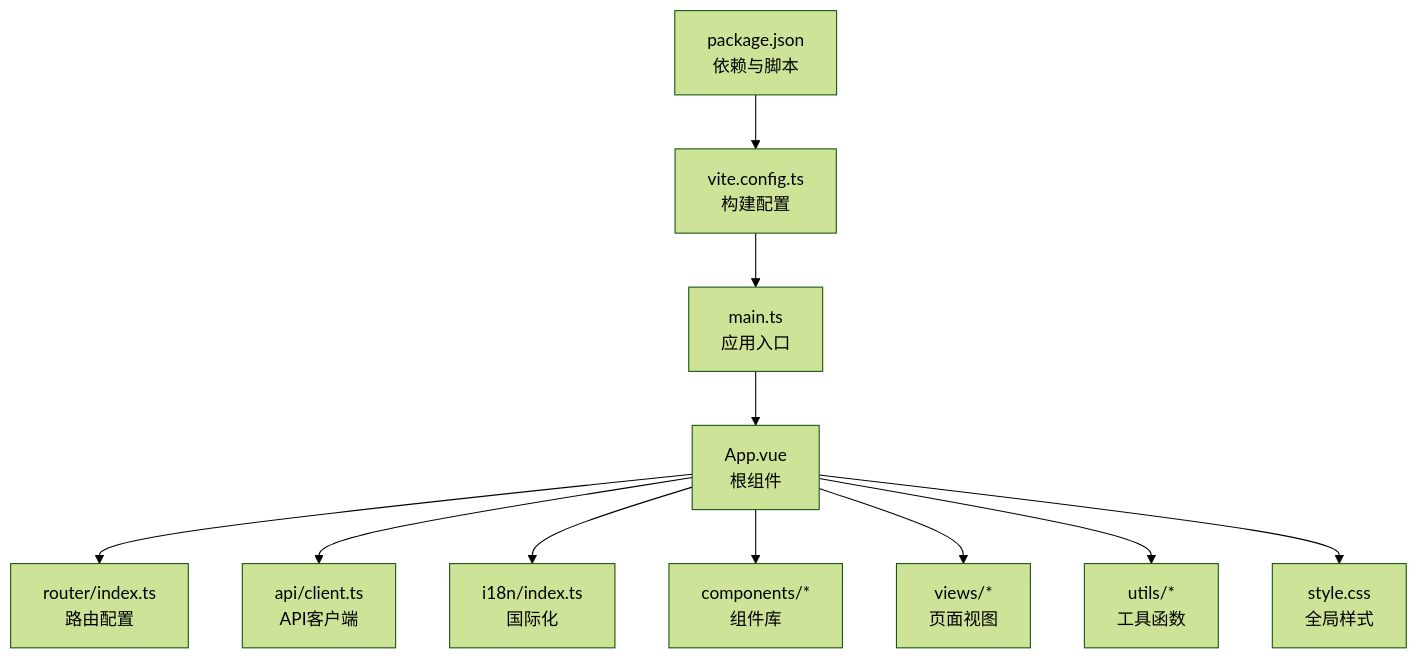
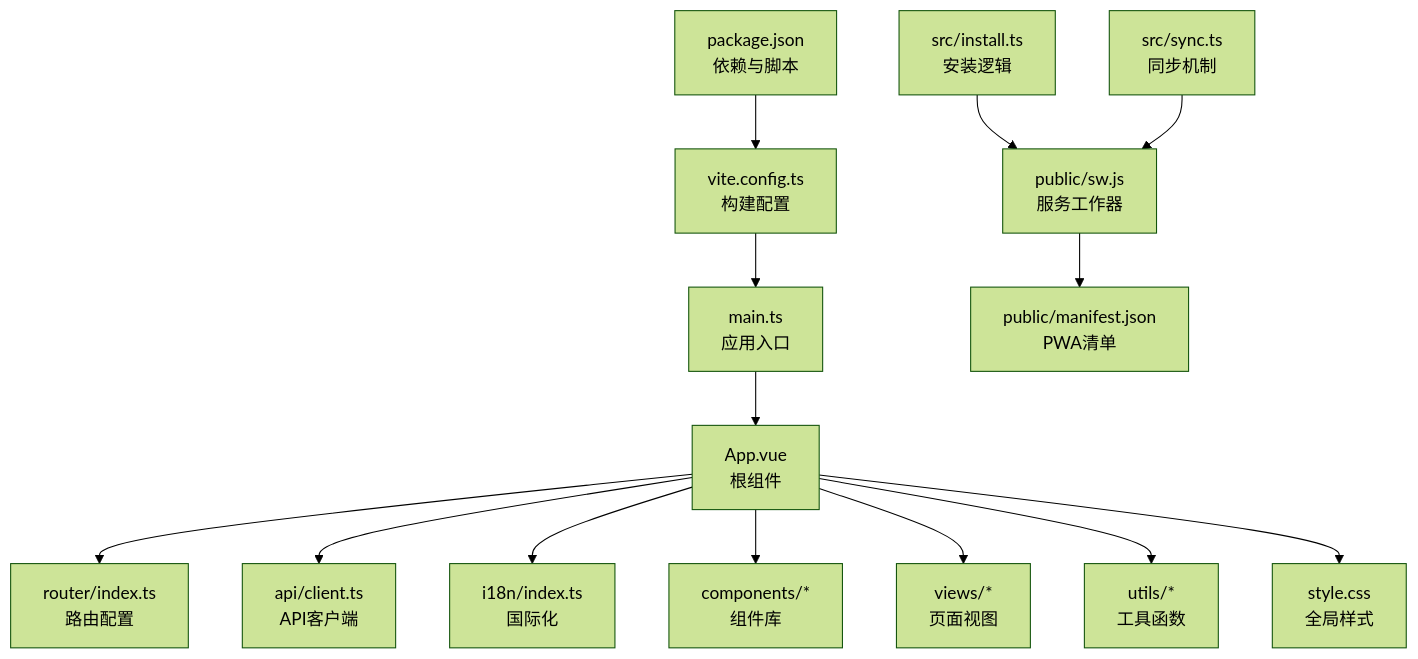
One commit to xufuyu/Lumen changed the first of 8 diagrams in .qoder/repowiki/zh/content/前端开发/前端开发.md. Above: the diagram before and after it, drawn with Mermaid (forest theme). The commit also changed other lines of this file and 36 other files, not shown here.

````diff
--- a/.qoder/repowiki/zh/content/前端开发/前端开发.md
+++ b/.qoder/repowiki/zh/content/前端开发/前端开发.md
@@ -65,13 +79,16 @@
 ```mermaid
 graph TB
 A["main.ts<br/>应用入口"] --> B["App.vue<br/>根组件"]
 B --> C["router/index.ts<br/>路由配置"]
 B --> D["api/client.ts<br/>API客户端"]
 B --> E["i18n/index.ts<br/>国际化"]
 B --> F["components/*<br/>组件库"]
 B --> G["views/*<br/>页面视图"]
 B --> H["utils/*<br/>工具函数"]
 B --> I["style.css<br/>全局样式"]
 J["vite.config.ts<br/>构建配置"] --> A
 K["package.json<br/>依赖与脚本"] --> J
+L["public/sw.js<br/>服务工作器"] --> M["public/manifest.json<br/>PWA清单"]
+N["src/install.ts<br/>安装逻辑"] --> L
+O["src/sync.ts<br/>同步机制"] --> L
 ```
````
